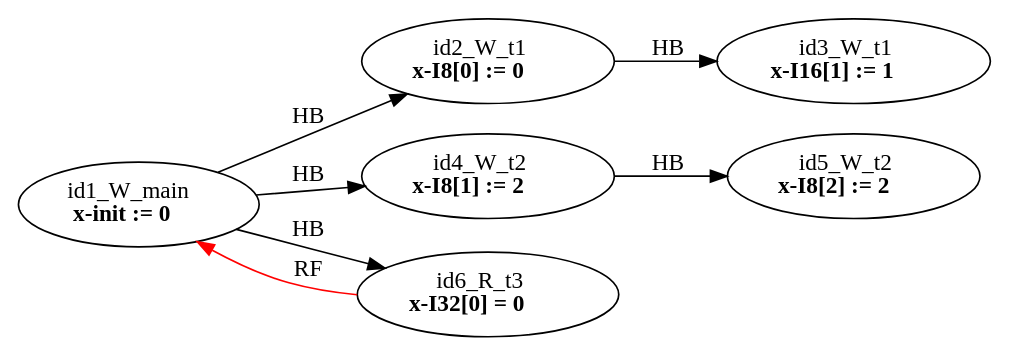
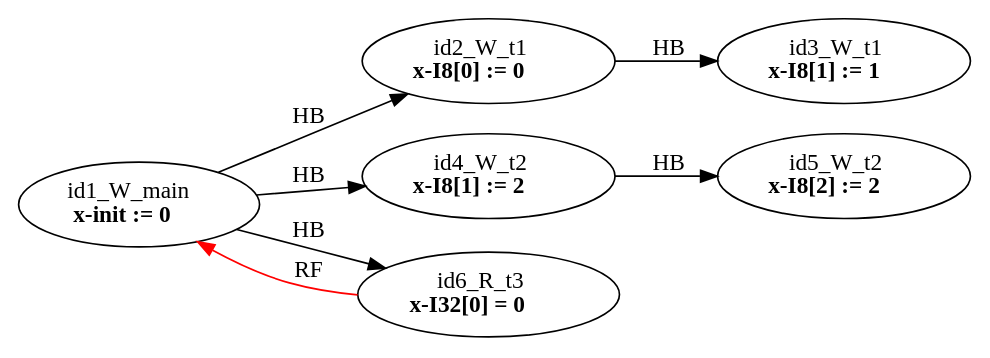
The diagram in examples/single_var/param/sv_p_simple02/param04/mm1.dot (FMJS/EMME), drawn with Graphviz before and after one commit. The commit also changed 221 other files, not shown here.

```diff
--- a/examples/single_var/param/sv_p_simple02/param04/mm1.dot
+++ b/examples/single_var/param/sv_p_simple02/param04/mm1.dot
@@ -1,16 +1,16 @@
 digraph memory_model {
 rankdir=LR;
 splines=true; esep=0.5;
 id2_W_t1 -> id3_W_t1 [label = "HB", color="black"];
 id4_W_t2 -> id5_W_t2 [label = "HB", color="black"];
 id1_W_main -> id2_W_t1 [label = "HB", color="black"];
 id1_W_main -> id4_W_t2 [label = "HB", color="black"];
 id1_W_main -> id6_R_t3 [label = "HB", color="black"];
 id6_R_t3 -> id1_W_main [label = "RF", color="red"];
 id1_W_main [label=<id1_W_main<br/><B>x-init := 0</B>>, pos="5.0,4!"]
 id2_W_t1 [label=<id2_W_t1<br/><B>x-I8[0] := 0</B>>, pos="0,2!"]
-id3_W_t1 [label=<id3_W_t1<br/><B>x-I16[1] := 1</B>>, pos="0,0!"]
+id3_W_t1 [label=<id3_W_t1<br/><B>x-I8[1] := 1</B>>, pos="0,0!"]
 id4_W_t2 [label=<id4_W_t2<br/><B>x-I8[1] := 2</B>>, pos="5,2!"]
 id5_W_t2 [label=<id5_W_t2<br/><B>x-I8[2] := 2</B>>, pos="5,0!"]
 id6_R_t3 [label=<id6_R_t3<br/><B>x-I32[0] = 0</B>>, pos="10,2!"]
 }
```
